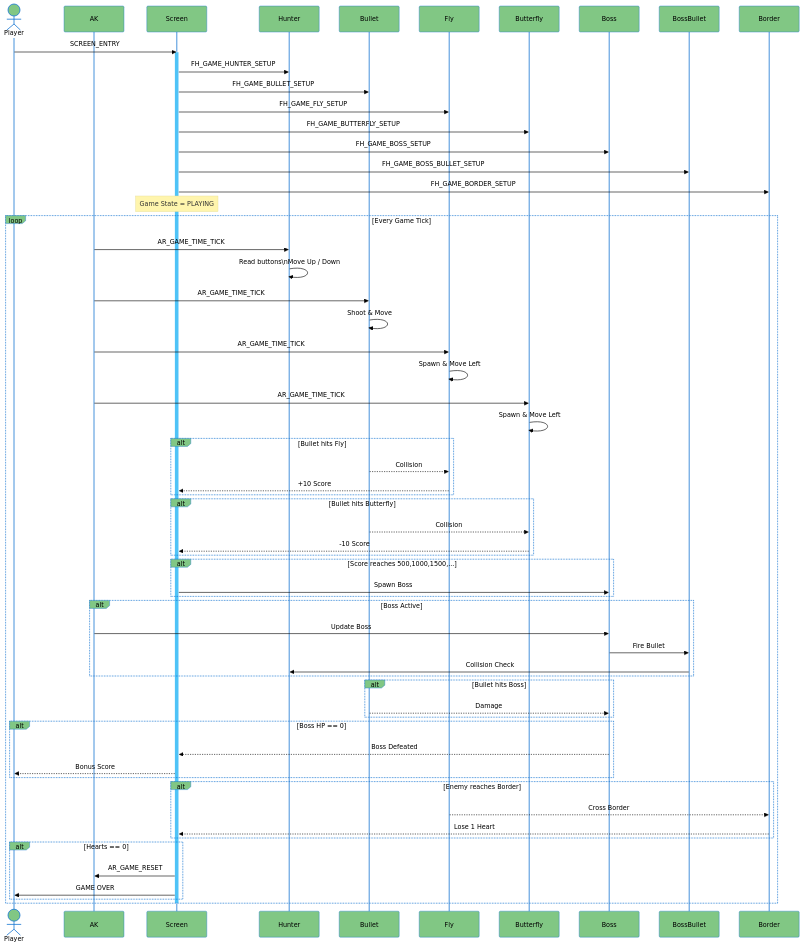
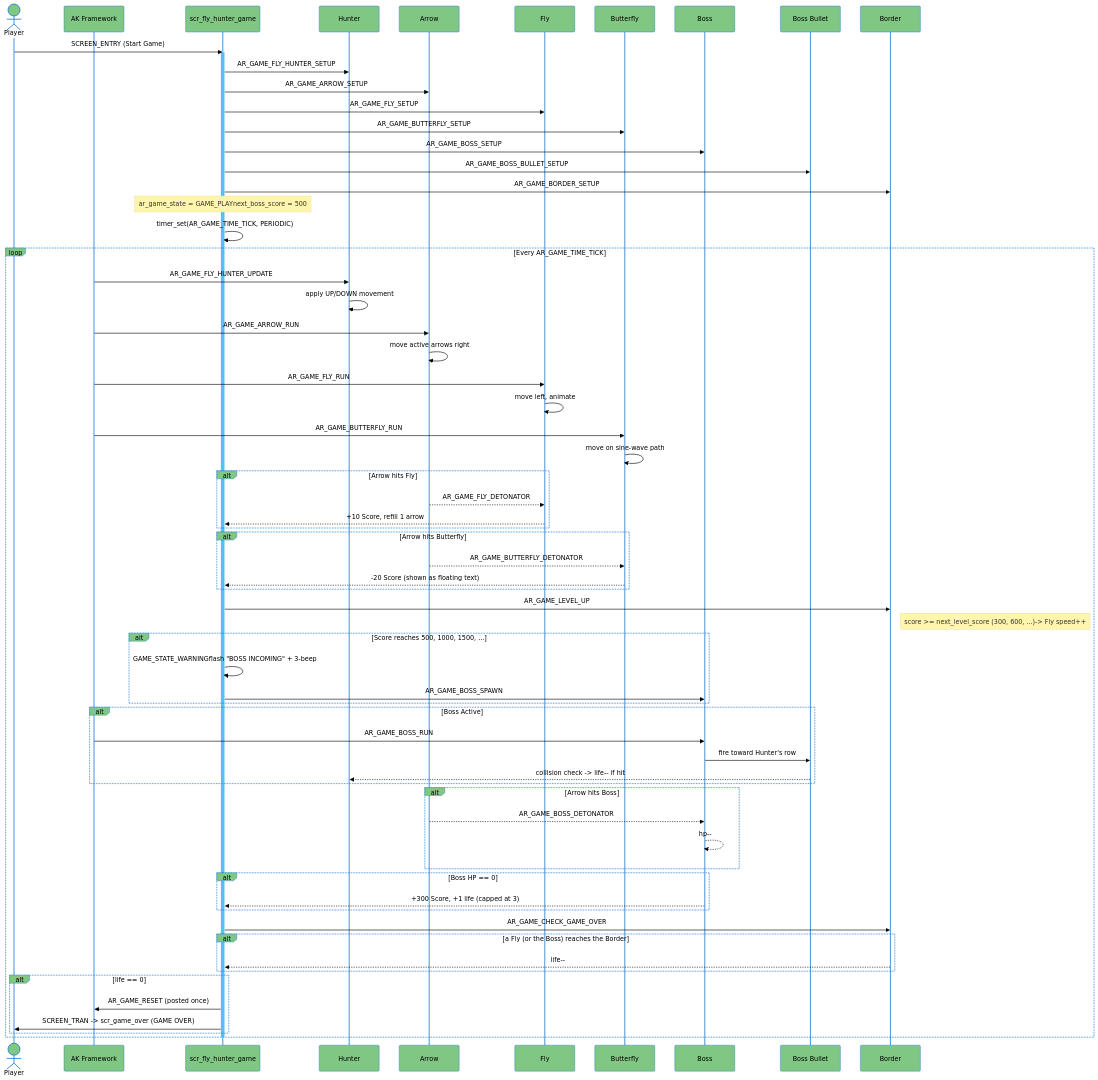
Before and after one commit to PhanVanTranh/Fly_Hunter_Game: the diagram in README.md, drawn with Mermaid. The commit also changed other lines of this file, not shown here.

Commit message:
Clarify game mechanics and object roles in README
Updated the game description to clarify the role of the Butterfly as a decoy and added details about gameplay mechanics.

```diff
--- a/README.md
+++ b/README.md
@@ -159,80 +158,85 @@
 
 sequenceDiagram
     actor Player
-    participant AK
-    participant Screen
+    participant AK as AK Framework
+    participant Screen as scr_fly_hunter_game
     participant Hunter
-    participant Bullet
+    participant Arrow
     participant Fly
     participant Butterfly
     participant Boss
-    participant BossBullet
+    participant BossBullet as Boss Bullet
     participant Border
 
-    Player->>Screen: SCREEN_ENTRY
+    Player->>Screen: SCREEN_ENTRY (Start Game)
     activate Screen
 
-    Screen->>Hunter: FH_GAME_HUNTER_SETUP
-    Screen->>Bullet: FH_GAME_BULLET_SETUP
-    Screen->>Fly: FH_GAME_FLY_SETUP
-    Screen->>Butterfly: FH_GAME_BUTTERFLY_SETUP
-    Screen->>Boss: FH_GAME_BOSS_SETUP
-    Screen->>BossBullet: FH_GAME_BOSS_BULLET_SETUP
-    Screen->>Border: FH_GAME_BORDER_SETUP
+    Screen->>Hunter: AR_GAME_FLY_HUNTER_SETUP
+    Screen->>Arrow: AR_GAME_ARROW_SETUP
+    Screen->>Fly: AR_GAME_FLY_SETUP
+    Screen->>Butterfly: AR_GAME_BUTTERFLY_SETUP
+    Screen->>Boss: AR_GAME_BOSS_SETUP
+    Screen->>BossBullet: AR_GAME_BOSS_BULLET_SETUP
+    Screen->>Border: AR_GAME_BORDER_SETUP
 
-    Note over Screen: Game State = PLAYING
+    Note over Screen: ar_game_state = GAME_PLAYnext_boss_score = 500
+    Screen->>Screen: timer_set(AR_GAME_TIME_TICK, PERIODIC)
 
-    loop Every Game Tick
+    loop Every AR_GAME_TIME_TICK
 
-        AK->>Hunter: AR_GAME_TIME_TICK
-        Hunter->>Hunter: Read buttons\nMove Up / Down
+        AK->>Hunter: AR_GAME_FLY_HUNTER_UPDATE
+        Hunter->>Hunter: apply UP/DOWN movement
 
-        AK->>Bullet: AR_GAME_TIME_TICK
-        Bullet->>Bullet: Shoot & Move
+        AK->>Arrow: AR_GAME_ARROW_RUN
+        Arrow->>Arrow: move active arrows right
 
-        AK->>Fly: AR_GAME_TIME_TICK
-        Fly->>Fly: Spawn & Move Left
+        AK->>Fly: AR_GAME_FLY_RUN
+        Fly->>Fly: move left, animate
 
-        AK->>Butterfly: AR_GAME_TIME_TICK
-        Butterfly->>Butterfly: Spawn & Move Left
+        AK->>Butterfly: AR_GAME_BUTTERFLY_RUN
+        Butterfly->>Butterfly: move on sine-wave path
 
-        alt Bullet hits Fly
-            Bullet-->>Fly: Collision
-            Fly-->>Screen: +10 Score
+        alt Arrow hits Fly
+            Arrow-->>Fly: AR_GAME_FLY_DETONATOR
+            Fly-->>Screen: +10 Score, refill 1 arrow
         end
 
-        alt Bullet hits Butterfly
-            Bullet-->>Butterfly: Collision
-            Butterfly-->>Screen: -10 Score
+        alt Arrow hits Butterfly
+            Arrow-->>Butterfly: AR_GAME_BUTTERFLY_DETONATOR
+            Butterfly-->>Screen: -20 Score (shown as floating text)
         end
 
-        alt Score reaches 500,1000,1500,...
-            Screen->>Boss: Spawn Boss
+        Screen->>Border: AR_GAME_LEVEL_UP
+        Note right of Border: score >= next_level_score (300, 600, ...)-> Fly speed++
+
+        alt Score reaches 500, 1000, 1500, ...
+            Screen->>Screen: GAME_STATE_WARNINGflash "BOSS INCOMING" + 3-beep
+            Screen->>Boss: AR_GAME_BOSS_SPAWN
         end
 
         alt Boss Active
-            AK->>Boss: Update Boss
-            Boss->>BossBullet: Fire Bullet
-            BossBullet->>Hunter: Collision Check
+            AK->>Boss: AR_GAME_BOSS_RUN
+            Boss->>BossBullet: fire toward Hunter's row
+            BossBullet-->>Hunter: collision check -> life-- if hit
         end
 
-        alt Bullet hits Boss
-            Bullet-->>Boss: Damage
+        alt Arrow hits Boss
+            Arrow-->>Boss: AR_GAME_BOSS_DETONATOR
+            Boss-->>Boss: hp--
         end
 
         alt Boss HP == 0
-            Boss-->>Screen: Boss Defeated
-            Screen-->>Player: Bonus Score
+            Boss-->>Screen: +300 Score, +1 life (capped at 3)
         end
 
-        alt Enemy reaches Border
-            Fly-->>Border: Cross Border
-            Border-->>Screen: Lose 1 Heart
+        Screen->>Border: AR_GAME_CHECK_GAME_OVER
+        alt a Fly (or the Boss) reaches the Border
+            Border-->>Screen: life--
         end
 
-        alt Hearts == 0
-            Screen->>AK: AR_GAME_RESET
-            Screen->>Player: GAME OVER
+        alt life == 0
+            Screen->>AK: AR_GAME_RESET (posted once)
+            Screen->>Player: SCREEN_TRAN -> scr_game_over (GAME OVER)
         end
 
     end
```
